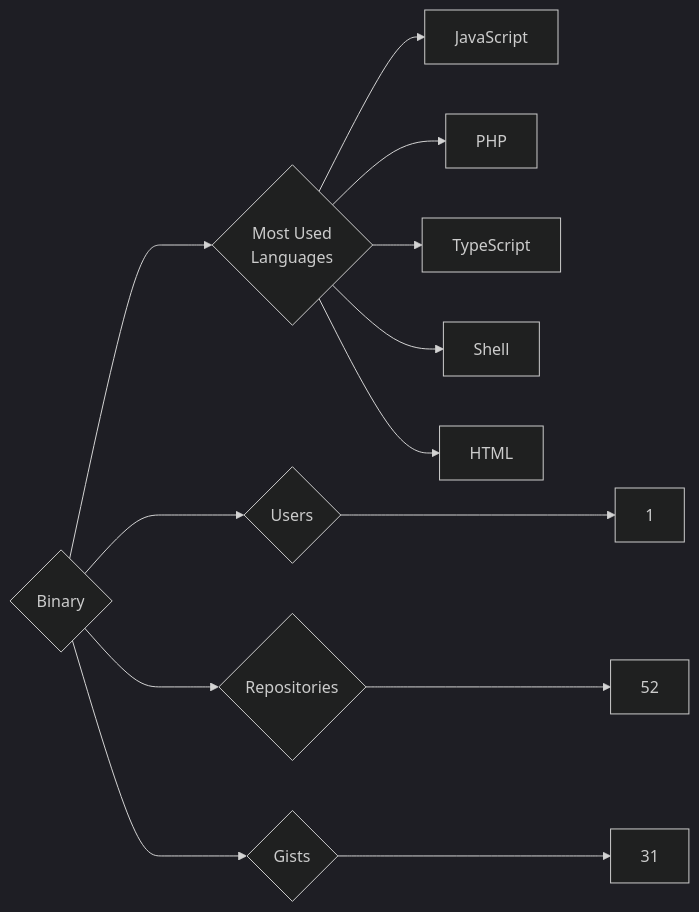
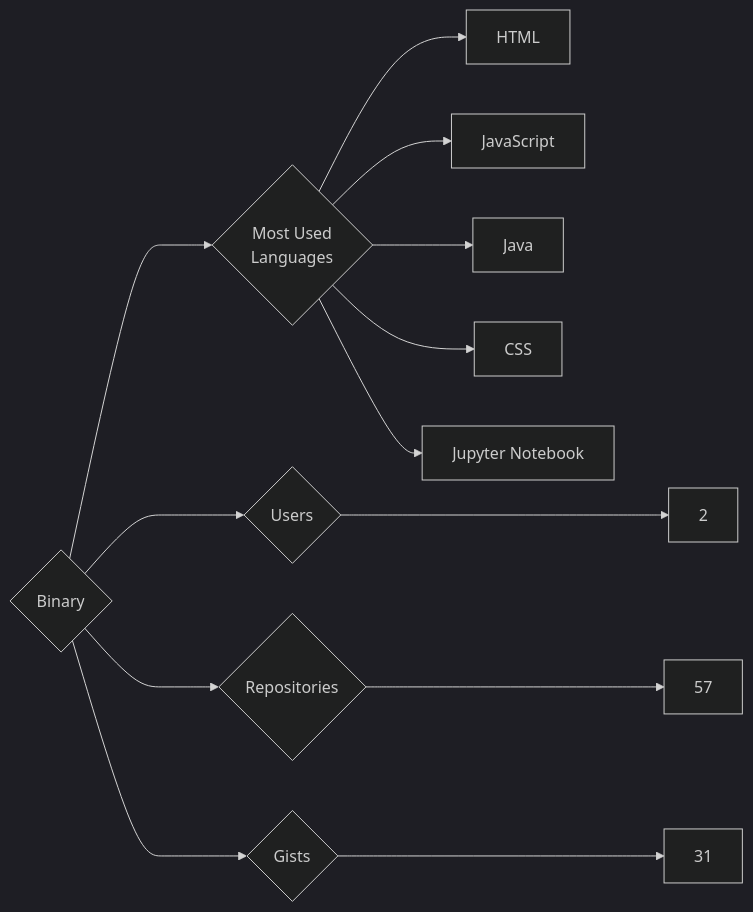
One commit to trickest/insiders changed the diagram in targets/Binary/README.md. Above: the diagram before and after it, drawn with Mermaid (dark theme). The commit also changed 745 other files, not shown here.

````diff
--- a/targets/Binary/README.md
+++ b/targets/Binary/README.md
@@ -3,13 +3,13 @@
 ```mermaid
 graph LR
 COMPANY_NAME{Binary}
-COMPANY_NAME ---> U{Users} ---> UN[1]
-COMPANY_NAME ---> R{Repositories} ---> RN[52]
+COMPANY_NAME ---> U{Users} ---> UN[2]
+COMPANY_NAME ---> R{Repositories} ---> RN[57]
 COMPANY_NAME ---> G{Gists} ---> GN[31]
 COMPANY_NAME ---> ML{Most Used<br>Languages}
+ML --> HTML[HTML]
 ML --> JavaScript[JavaScript]
-ML --> PHP[PHP]
-ML --> TypeScript[TypeScript]
-ML --> Shell[Shell]
-ML --> HTML[HTML]
+ML --> Java[Java]
+ML --> CSS[CSS]
+ML --> Jupyter_Notebook[Jupyter Notebook]
 ```
````
